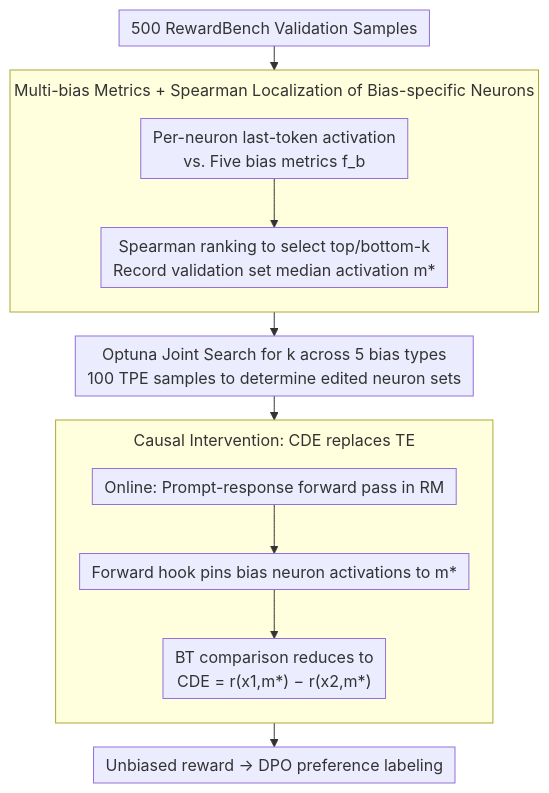
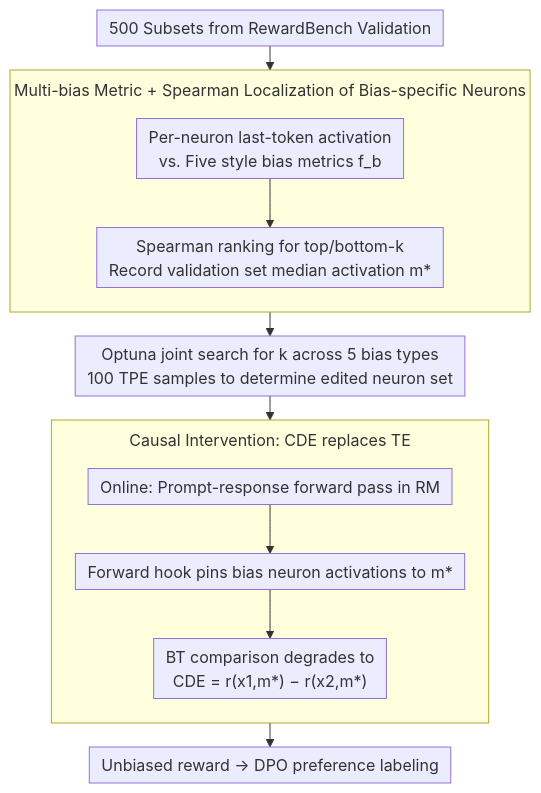
Before and after one commit to zhaoyang97/Paper-Notes-en: the diagram in docs/ACL2026/llm_alignment/debiasing_reward_models_via_causally_motivated_inference-time_intervention.md, drawn with Mermaid. The commit also changed other lines of this file and 5084 other files, not shown here.

````diff
--- a/docs/ACL2026/llm_alignment/debiasing_reward_models_via_causally_motivated_inference-time_intervention.md
+++ b/docs/ACL2026/llm_alignment/debiasing_reward_models_via_causally_motivated_inference-time_intervention.md
@@ -42,18 +42,17 @@
 ```mermaid
 %%{init: {'flowchart': {'rankSpacing': 24, 'nodeSpacing': 28, 'padding': 6, 'wrappingWidth': 400, 'subGraphTitleMargin': {'top': 8, 'bottom': 16}}}}%%
 flowchart TD
-    A["500 RewardBench Validation Samples"] --> B
-    subgraph LOC["Multi-bias Metrics + Spearman Localization of Bias-specific Neurons"]
+    A["500 Subsets from RewardBench Validation"] --> B
+    subgraph LOC["Multi-bias Metric + Spearman Localization of Bias-specific Neurons"]
         direction TB
-        B["Per-neuron last-token activation<br/>vs. Five bias metrics f_b"] --> C["Spearman ranking to select top/bottom-k<br/>Record validation set median activation m*"]
+        B["Per-neuron last-token activation<br/>vs. Five style bias metrics f_b"] --> C["Spearman ranking for top/bottom-k<br/>Record validation set median activation m*"]
     end
-    C --> D["Optuna Joint Search for k across 5 bias types<br/>100 TPE samples to determine edited neuron sets"]
+    C --> D["Optuna joint search for k across 5 bias types<br/>100 TPE samples to determine edited neuron set"]
     D --> E["Online: Prompt-response forward pass in RM"]
     subgraph INT["Causal Intervention: CDE replaces TE"]
         direction TB
         E --> F["Forward hook pins bias neuron activations to m*"]
-        G["BT comparison reduces to<br/>CDE = r(x1,m*) − r(x2,m*)"]
-        F --> G
+        F --> G["BT comparison degrades to<br/>CDE = r(x1,m*) − r(x2,m*)"]
     end
     G --> H["Unbiased reward → DPO preference labeling"]
 ```
````
